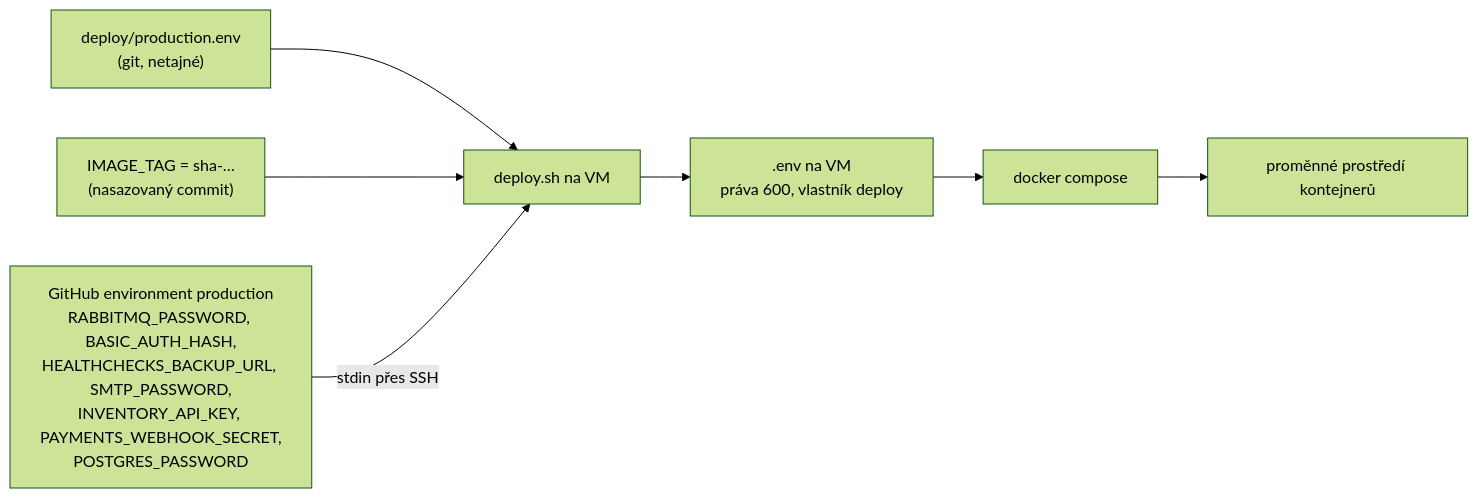
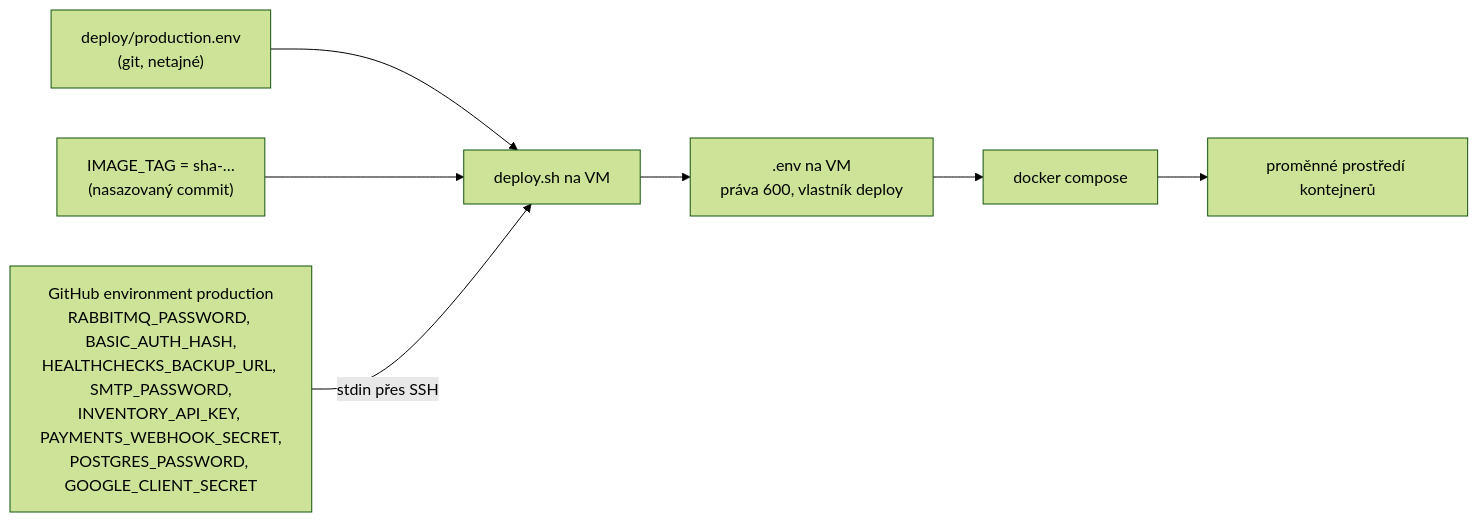
Before and after one commit to ftichy/MiniShop: the diagram in docs/prirucka/github/secrets.md, drawn with Mermaid (forest theme). The commit also changed other lines of this file and 43 other files, not shown here.

First line of the commit message:
ACCOUNTS STEP10: přihlášení přes Google

````diff
--- a/docs/prirucka/github/secrets.md
+++ b/docs/prirucka/github/secrets.md
@@ -12,11 +12,11 @@
 ```mermaid
 flowchart LR
     pe["deploy/production.env<br/>(git, netajné)"] --> sh["deploy.sh na VM"]
     tag["IMAGE_TAG = sha-…<br/>(nasazovaný commit)"] --> sh
-    sec["GitHub environment production<br/>RABBITMQ_PASSWORD, BASIC_AUTH_HASH,<br/>HEALTHCHECKS_BACKUP_URL, SMTP_PASSWORD,<br/>INVENTORY_API_KEY, PAYMENTS_WEBHOOK_SECRET,<br/>POSTGRES_PASSWORD"] -->|"stdin přes SSH"| sh
+    sec["GitHub environment production<br/>RABBITMQ_PASSWORD, BASIC_AUTH_HASH,<br/>HEALTHCHECKS_BACKUP_URL, SMTP_PASSWORD,<br/>INVENTORY_API_KEY, PAYMENTS_WEBHOOK_SECRET,<br/>POSTGRES_PASSWORD, GOOGLE_CLIENT_SECRET"] -->|"stdin přes SSH"| sh
     sh --> env[".env na VM<br/>práva 600, vlastník deploy"]
     env --> compose["docker compose"]
     compose --> cont["proměnné prostředí kontejnerů"]
 
     click sh "/Docs/github/cd"
 ```
````
